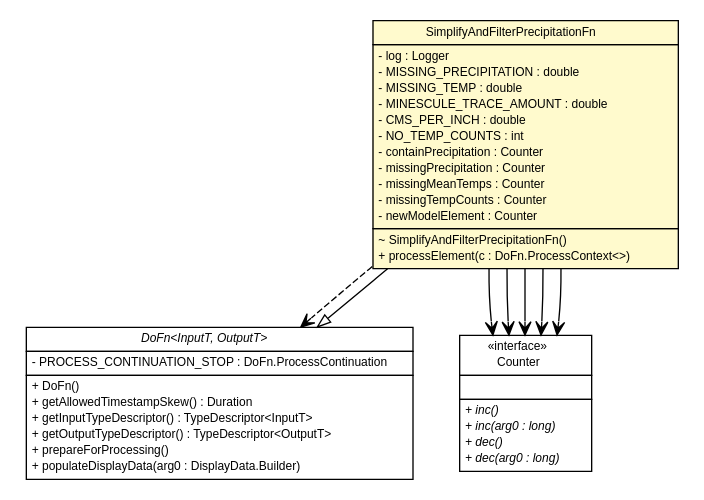
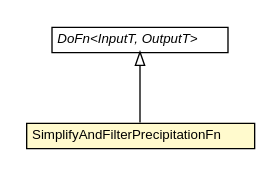
Before and after one commit to SuperEvenSteven/environmental-analyzer: the diagram in uml/com/ohair/stephen/edp/transform/GSODTransform.SimplifyAndFilterPrecipitationFn.dot, drawn with Graphviz. The commit also changed 94 other files, not shown here.

```diff
--- a/uml/com/ohair/stephen/edp/transform/GSODTransform.SimplifyAndFilterPrecipitationFn.dot
+++ b/uml/com/ohair/stephen/edp/transform/GSODTransform.SimplifyAndFilterPrecipitationFn.dot
@@ -1,82 +1,26 @@
 #!/usr/local/bin/dot
 #
 # Class diagram 
 # Generated by UMLGraph version R5_6-24-gf6e263 (http://www.umlgraph.org/)
 #
 
 digraph G {
 	edge [fontname="Helvetica",fontsize=10,labelfontname="Helvetica",labelfontsize=10];
 	node [fontname="Helvetica",fontsize=10,shape=plaintext];
 	nodesep=0.25;
 	ranksep=0.5;
 	// com.ohair.stephen.edp.transform.GSODTransform.SimplifyAndFilterPrecipitationFn
-	c319 [label=<<table title="com.ohair.stephen.edp.transform.GSODTransform.SimplifyAndFilterPrecipitationFn" border="0" cellborder="1" cellspacing="0" cellpadding="2" port="p" bgcolor="lemonChiffon" href="./GSODTransform.SimplifyAndFilterPrecipitationFn.html">
+	c261 [label=<<table title="com.ohair.stephen.edp.transform.GSODTransform.SimplifyAndFilterPrecipitationFn" border="0" cellborder="1" cellspacing="0" cellpadding="2" port="p" bgcolor="lemonChiffon" href="./GSODTransform.SimplifyAndFilterPrecipitationFn.html">
 		<tr><td><table border="0" cellspacing="0" cellpadding="1">
 <tr><td align="center" balign="center"> SimplifyAndFilterPrecipitationFn </td></tr>
 		</table></td></tr>
-		<tr><td><table border="0" cellspacing="0" cellpadding="1">
-<tr><td align="left" balign="left"> - log : Logger </td></tr>
-<tr><td align="left" balign="left"> - MISSING_PRECIPITATION : double </td></tr>
-<tr><td align="left" balign="left"> - MISSING_TEMP : double </td></tr>
-<tr><td align="left" balign="left"> - MINESCULE_TRACE_AMOUNT : double </td></tr>
-<tr><td align="left" balign="left"> - CMS_PER_INCH : double </td></tr>
-<tr><td align="left" balign="left"> - NO_TEMP_COUNTS : int </td></tr>
-<tr><td align="left" balign="left"> - containPrecipitation : Counter </td></tr>
-<tr><td align="left" balign="left"> - missingPrecipitation : Counter </td></tr>
-<tr><td align="left" balign="left"> - missingMeanTemps : Counter </td></tr>
-<tr><td align="left" balign="left"> - missingTempCounts : Counter </td></tr>
-<tr><td align="left" balign="left"> - newModelElement : Counter </td></tr>
-		</table></td></tr>
-		<tr><td><table border="0" cellspacing="0" cellpadding="1">
-<tr><td align="left" balign="left"> ~ SimplifyAndFilterPrecipitationFn() </td></tr>
-<tr><td align="left" balign="left"> + processElement(c : DoFn.ProcessContext&lt;&gt;) </td></tr>
-		</table></td></tr>
-		</table>>, URL="./GSODTransform.SimplifyAndFilterPrecipitationFn.html", fontname="Helvetica", fontcolor="black", fontsize=9.0];
+		</table>>, URL="./GSODTransform.SimplifyAndFilterPrecipitationFn.html", fontname="Helvetica", fontcolor="black", fontsize=10.0];
 	//com.ohair.stephen.edp.transform.GSODTransform.SimplifyAndFilterPrecipitationFn extends org.apache.beam.sdk.transforms.DoFn<com.google.api.services.bigquery.model.TableRow, com.ohair.stephen.edp.model.GSODDataModel>
-	c321:p -> c319:p [dir=back,arrowtail=empty];
-	// com.ohair.stephen.edp.transform.GSODTransform.SimplifyAndFilterPrecipitationFn NAVASSOC org.apache.beam.sdk.metrics.Counter
-	c319:p -> c323:p [taillabel="", label="", headlabel="", fontname="Helvetica", fontcolor="black", fontsize=10.0, color="black", arrowhead=open];
-	// com.ohair.stephen.edp.transform.GSODTransform.SimplifyAndFilterPrecipitationFn NAVASSOC org.apache.beam.sdk.metrics.Counter
-	c319:p -> c323:p [taillabel="", label="", headlabel="", fontname="Helvetica", fontcolor="black", fontsize=10.0, color="black", arrowhead=open];
-	// com.ohair.stephen.edp.transform.GSODTransform.SimplifyAndFilterPrecipitationFn NAVASSOC org.apache.beam.sdk.metrics.Counter
-	c319:p -> c323:p [taillabel="", label="", headlabel="", fontname="Helvetica", fontcolor="black", fontsize=10.0, color="black", arrowhead=open];
-	// com.ohair.stephen.edp.transform.GSODTransform.SimplifyAndFilterPrecipitationFn NAVASSOC org.apache.beam.sdk.metrics.Counter
-	c319:p -> c323:p [taillabel="", label="", headlabel="", fontname="Helvetica", fontcolor="black", fontsize=10.0, color="black", arrowhead=open];
-	// com.ohair.stephen.edp.transform.GSODTransform.SimplifyAndFilterPrecipitationFn NAVASSOC org.apache.beam.sdk.metrics.Counter
-	c319:p -> c323:p [taillabel="", label="", headlabel="", fontname="Helvetica", fontcolor="black", fontsize=10.0, color="black", arrowhead=open];
-	// com.ohair.stephen.edp.transform.GSODTransform.SimplifyAndFilterPrecipitationFn DEPEND org.apache.beam.sdk.transforms.DoFn<InputT, OutputT>.ProcessContext
-	c319:p -> c321:p [taillabel="", label="", headlabel="", fontname="Helvetica", fontcolor="black", fontsize=10.0, color="black", arrowhead=open, style=dashed];
+	c278:p -> c261:p [dir=back,arrowtail=empty];
 	// org.apache.beam.sdk.transforms.DoFn<InputT, OutputT>
-	c321 [label=<<table title="org.apache.beam.sdk.transforms.DoFn" border="0" cellborder="1" cellspacing="0" cellpadding="2" port="p" href="http://java.sun.com/j2se/1.4.2/docs/api/org/apache/beam/sdk/transforms/DoFn.html">
+	c278 [label=<<table title="org.apache.beam.sdk.transforms.DoFn" border="0" cellborder="1" cellspacing="0" cellpadding="2" port="p" href="http://java.sun.com/j2se/1.4.2/docs/api/org/apache/beam/sdk/transforms/DoFn.html">
 		<tr><td><table border="0" cellspacing="0" cellpadding="1">
 <tr><td align="center" balign="center"><font face="Helvetica-Oblique"> DoFn&lt;InputT, OutputT&gt; </font></td></tr>
 		</table></td></tr>
-		<tr><td><table border="0" cellspacing="0" cellpadding="1">
-<tr><td align="left" balign="left"> - PROCESS_CONTINUATION_STOP : DoFn.ProcessContinuation </td></tr>
-		</table></td></tr>
-		<tr><td><table border="0" cellspacing="0" cellpadding="1">
-<tr><td align="left" balign="left"> + DoFn() </td></tr>
-<tr><td align="left" balign="left"> + getAllowedTimestampSkew() : Duration </td></tr>
-<tr><td align="left" balign="left"> + getInputTypeDescriptor() : TypeDescriptor&lt;InputT&gt; </td></tr>
-<tr><td align="left" balign="left"> + getOutputTypeDescriptor() : TypeDescriptor&lt;OutputT&gt; </td></tr>
-<tr><td align="left" balign="left"> + prepareForProcessing() </td></tr>
-<tr><td align="left" balign="left"> + populateDisplayData(arg0 : DisplayData.Builder) </td></tr>
-		</table></td></tr>
-		</table>>, URL="http://java.sun.com/j2se/1.4.2/docs/api/org/apache/beam/sdk/transforms/DoFn.html", fontname="Helvetica", fontcolor="black", fontsize=9.0];
-	// org.apache.beam.sdk.metrics.Counter
-	c323 [label=<<table title="org.apache.beam.sdk.metrics.Counter" border="0" cellborder="1" cellspacing="0" cellpadding="2" port="p" href="http://java.sun.com/j2se/1.4.2/docs/api/org/apache/beam/sdk/metrics/Counter.html">
-		<tr><td><table border="0" cellspacing="0" cellpadding="1">
-<tr><td align="center" balign="center"> &#171;interface&#187; </td></tr>
-<tr><td align="center" balign="center"> Counter </td></tr>
-		</table></td></tr>
-		<tr><td><table border="0" cellspacing="0" cellpadding="1">
-<tr><td align="left" balign="left">  </td></tr>
-		</table></td></tr>
-		<tr><td><table border="0" cellspacing="0" cellpadding="1">
-<tr><td align="left" balign="left"><font face="Helvetica-Oblique" point-size="9.0"> + inc() </font></td></tr>
-<tr><td align="left" balign="left"><font face="Helvetica-Oblique" point-size="9.0"> + inc(arg0 : long) </font></td></tr>
-<tr><td align="left" balign="left"><font face="Helvetica-Oblique" point-size="9.0"> + dec() </font></td></tr>
-<tr><td align="left" balign="left"><font face="Helvetica-Oblique" point-size="9.0"> + dec(arg0 : long) </font></td></tr>
-		</table></td></tr>
-		</table>>, URL="http://java.sun.com/j2se/1.4.2/docs/api/org/apache/beam/sdk/metrics/Counter.html", fontname="Helvetica", fontcolor="black", fontsize=9.0];
+		</table>>, URL="http://java.sun.com/j2se/1.4.2/docs/api/org/apache/beam/sdk/transforms/DoFn.html", fontname="Helvetica", fontcolor="black", fontsize=10.0];
 }
```
